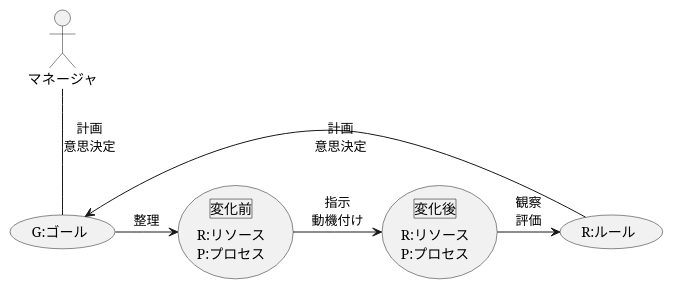
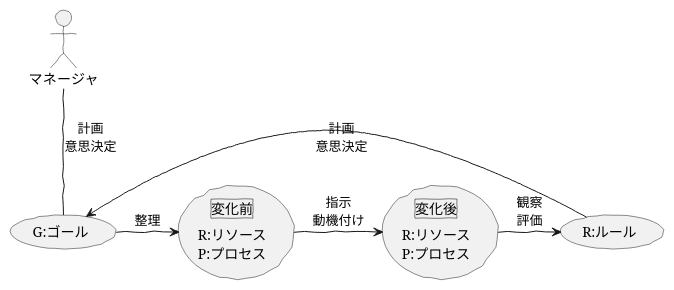
One commit to nabinno/nabinno.github.io changed the diagram in _trigger/47.html.md. Above: the diagram before and after it, drawn with PlantUML. The commit also changed other lines of this file, not shown here.

````diff
--- a/_trigger/47.html.md
+++ b/_trigger/47.html.md
@@ -23,13 +27,15 @@
 ```uml
+skinparam handwritten true
+
 マネージャ as M
 (G:ゴール) as G
 (|変化前|\nR:リソース\nP:プロセス) as RP1
 (|変化後|\nR:リソース\nP:プロセス) as RP2
 (R:ルール) as R
 
 M -- G: 計画\n意思決定
 G -> RP1: 整理
 RP1 -> RP2: 指示\n動機付け
 RP2 -> R: 観察\n評価
 R -> G: 計画\n意思決定
 ```
````
